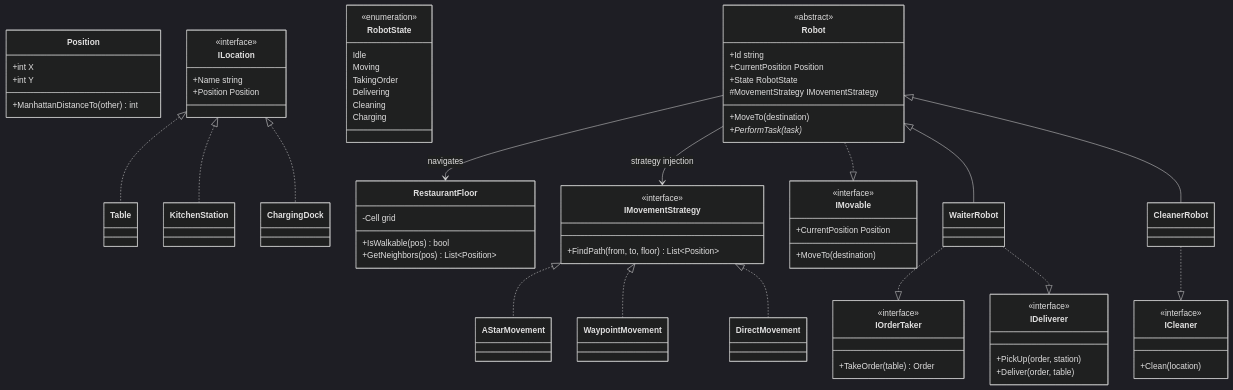
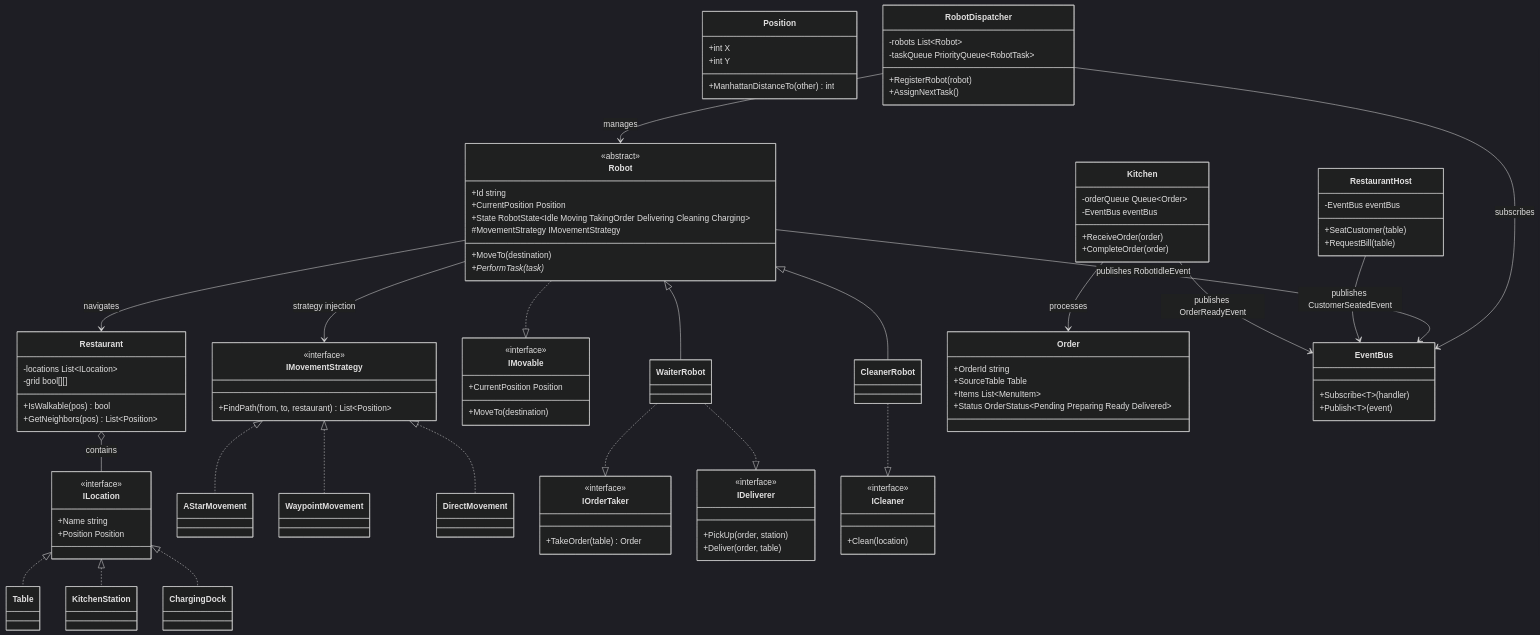
The third of 15 diagrams in Vault/Assets/Sr. AI Engineer - OOD Interview Prep.md (grafanaKibana/devbook.zip), drawn with Mermaid (dark theme) before and after one commit. The commit also changed other lines of this file and 1 other file, not shown here.

````diff
--- a/Vault/Assets/Sr. AI Engineer - OOD Interview Prep.md
+++ b/Vault/Assets/Sr. AI Engineer - OOD Interview Prep.md
@@ -949,29 +949,21 @@
     class KitchenStation
     class ChargingDock
 
-    class RestaurantFloor {
-        -Cell grid
+    class Restaurant {
+        -locations List~ILocation~
+        -grid bool[][]
         +IsWalkable(pos) bool
         +GetNeighbors(pos) List~Position~
     }
 
     class IMovementStrategy {
         <<interface>>
-        +FindPath(from, to, floor) List~Position~
+        +FindPath(from, to, restaurant) List~Position~
     }
     class AStarMovement
     class WaypointMovement
     class DirectMovement
 
-    class RobotState {
-        <<enumeration>>
-        Idle
-        Moving
-        TakingOrder
-        Delivering
-        Cleaning
-        Charging
-    }
 
     class IMovable {
         <<interface>>
@@ -983,7 +975,7 @@
         <<abstract>>
         +Id string
         +CurrentPosition Position
-        +State RobotState
+        +State RobotState~Idle Moving TakingOrder Delivering Cleaning Charging~
         #MovementStrategy IMovementStrategy
         +MoveTo(destination)
         +PerformTask(task)*
@@ -1009,15 +1001,56 @@
     ILocation <|.. Table
     ILocation <|.. KitchenStation
     ILocation <|.. ChargingDock
+    Restaurant o-- ILocation : contains
     IMovementStrategy <|.. AStarMovement
     IMovementStrategy <|.. WaypointMovement
     IMovementStrategy <|.. DirectMovement
     Robot ..|> IMovable
     Robot --> IMovementStrategy : strategy injection
-    Robot --> RestaurantFloor : navigates
+    Robot --> Restaurant : navigates
     Robot <|-- WaiterRobot
     Robot <|-- CleanerRobot
     WaiterRobot ..|> IOrderTaker
     WaiterRobot ..|> IDeliverer
     CleanerRobot ..|> ICleaner
+
+    class Order {
+        +OrderId string
+        +SourceTable Table
+        +Items List~MenuItem~
+        +Status OrderStatus~Pending Preparing Ready Delivered~
+    }
+
+    class EventBus {
+        +Subscribe~T~(handler)
+        +Publish~T~(event)
+    }
+
+    class Kitchen {
+        -orderQueue Queue~Order~
+        -EventBus eventBus
+        +ReceiveOrder(order)
+        +CompleteOrder(order)
+    }
+
+    class RestaurantHost {
+        -EventBus eventBus
+        +SeatCustomer(table)
+        +RequestBill(table)
+    }
+
+    class RobotDispatcher {
+        -robots List~Robot~
+        -taskQueue PriorityQueue~RobotTask~
+        +RegisterRobot(robot)
+        +AssignNextTask()
+    }
+
+
+    Kitchen --> EventBus : publishes OrderReadyEvent
+    RestaurantHost --> EventBus : publishes CustomerSeatedEvent
+    Robot --> EventBus : publishes RobotIdleEvent
+    RobotDispatcher --> EventBus : subscribes
+    RobotDispatcher --> Robot : manages
+    Kitchen --> Order : processes
 ```
````
